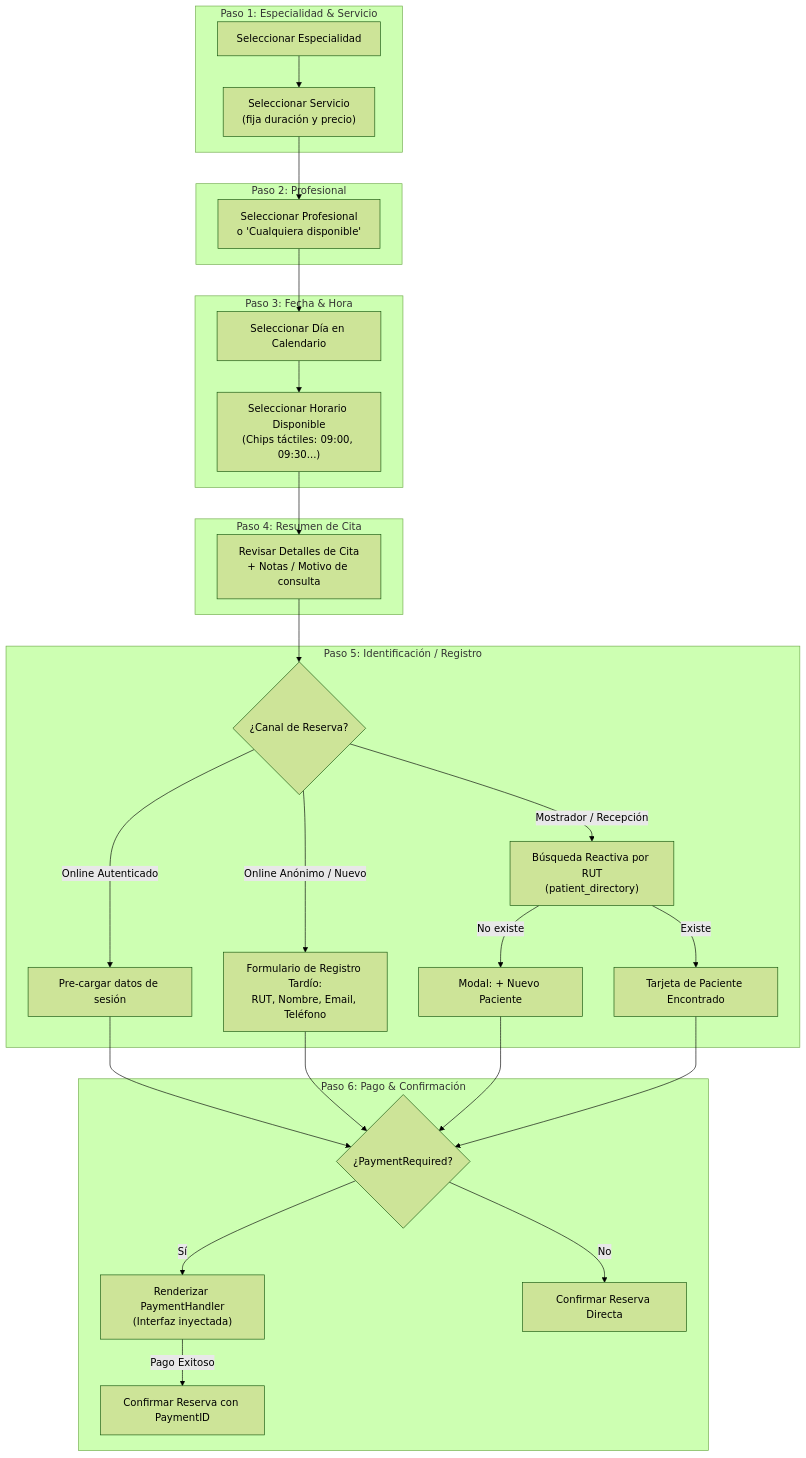
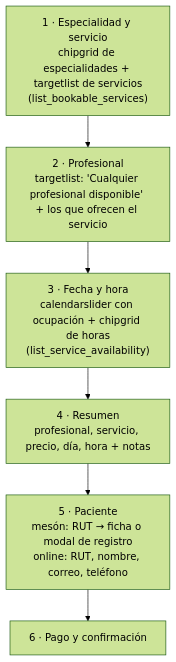
Before and after one commit to veltylabs/appointment_booking: the first of 8 diagrams in docs/diagrams/booking_flow.md, drawn with Mermaid (forest theme). The commit also changed other lines of this file and 4 other files, not shown here.

Commit message:
docs: plan v0.3.0 (reserva en 6 pasos con pago) y diagramas; traducciones de la demo; DAG con payment_manager

````diff
--- a/docs/diagrams/booking_flow.md
+++ b/docs/diagrams/booking_flow.md
@@ -7,38 +9,9 @@
 ```mermaid
 flowchart TD
-    subgraph S1["Paso 1: Especialidad & Servicio"]
-        Area["Seleccionar Especialidad"] --> Svc["Seleccionar Servicio<br/>(fija duración y precio)"]
-    end
-
-    subgraph S2["Paso 2: Profesional"]
-        Svc --> Staff["Seleccionar Profesional<br/>o 'Cualquiera disponible'"]
-    end
-
-    subgraph S3["Paso 3: Fecha & Hora"]
-        Staff --> Cal["Seleccionar Día en Calendario"]
-        Cal --> Slots["Seleccionar Horario Disponible<br/>(Chips táctiles: 09:00, 09:30...)"]
-    end
-
-    subgraph S4["Paso 4: Resumen de Cita"]
-        Slots --> Summary["Revisar Detalles de Cita<br/>+ Notas / Motivo de consulta"]
-    end
-
-    subgraph S5["Paso 5: Identificación / Registro"]
-        Summary --> CheckMode{"¿Canal de Reserva?"}
-        CheckMode -->|Online Autenticado| PatientAuth["Pre-cargar datos de sesión"]
-        CheckMode -->|Online Anónimo / Nuevo| PatientReg["Formulario de Registro Tardío:<br/>RUT, Nombre, Email, Teléfono"]
-        CheckMode -->|Mostrador / Recepción| PatientRUT["Búsqueda Reactiva por RUT<br/>(patient_directory)"]
-        PatientRUT -->|No existe| PatientModal["Modal: + Nuevo Paciente"]
-        PatientRUT -->|Existe| PatientCard["Tarjeta de Paciente Encontrado"]
-    end
-
-    subgraph S6["Paso 6: Pago & Confirmación"]
-        PatientAuth --> CheckPay{"¿PaymentRequired?"}
-        PatientReg --> CheckPay
-        PatientModal --> CheckPay
-        PatientCard --> CheckPay
-        CheckPay -->|Sí| PayStep["Renderizar PaymentHandler<br/>(Interfaz inyectada)"]
-        PayStep -->|Pago Exitoso| ConfirmWithPay["Confirmar Reserva con PaymentID"]
-        CheckPay -->|No| DirectConfirm["Confirmar Reserva Directa"]
-    end
+    S1["1 · Especialidad y servicio<br>chipgrid de especialidades + targetlist de servicios<br>(list_bookable_services)"] --> S2
+    S2["2 · Profesional<br>targetlist: 'Cualquier profesional disponible' + los que ofrecen el servicio"] --> S3
+    S3["3 · Fecha y hora<br>calendarslider con ocupación + chipgrid de horas<br>(list_service_availability)"] --> S4
+    S4["4 · Resumen<br>profesional, servicio, precio, día, hora + notas"] --> S5
+    S5["5 · Paciente<br>mesón: RUT → ficha o modal de registro<br>online: RUT, nombre, correo, teléfono"] --> S6
+    S6["6 · Pago y confirmación"]
 ```
````
